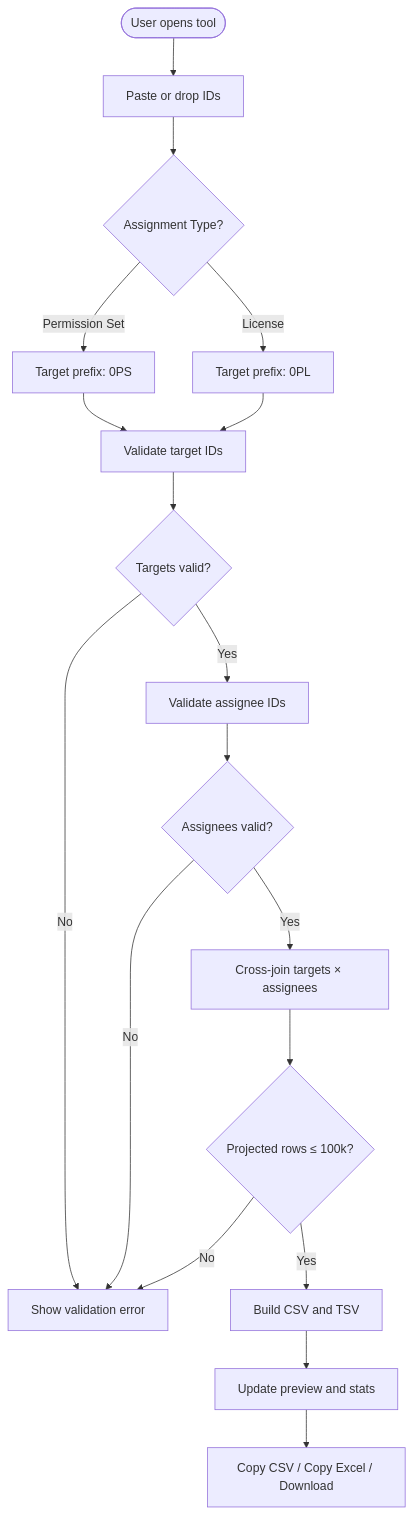
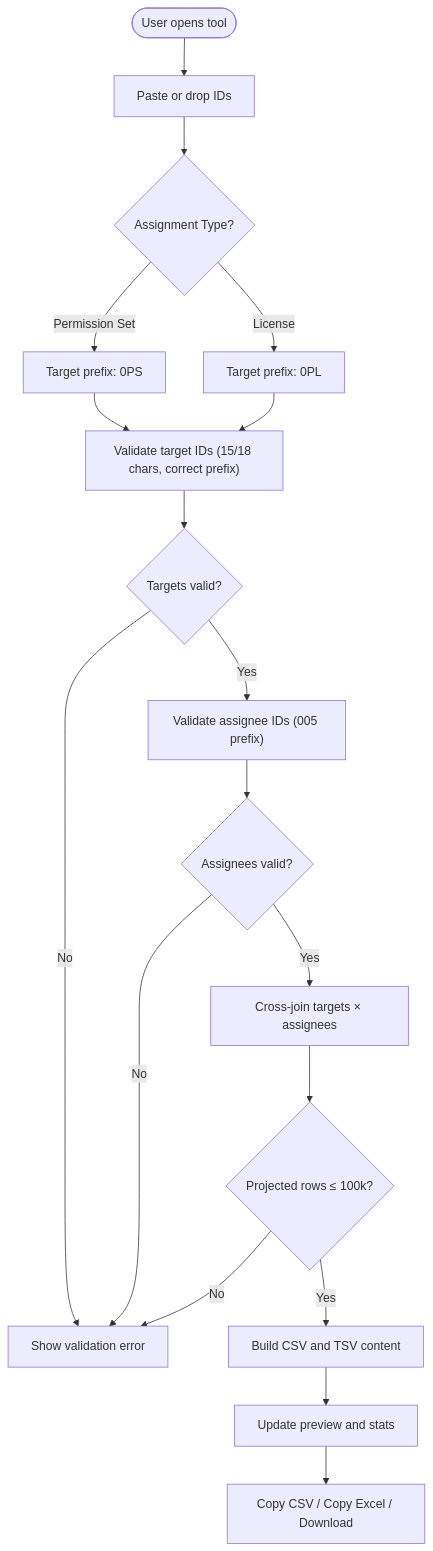
Before and after one commit to escaleraalcielo/developer-utilities: the third of 6 diagrams in .qoder/repowiki/en/content/Administrative Tools/Administrative Tools.md, drawn with Mermaid. The commit also changed other lines of this file and 6 other files, not shown here.

````diff
--- a/.qoder/repowiki/en/content/Administrative Tools/Administrative Tools.md
+++ b/.qoder/repowiki/en/content/Administrative Tools/Administrative Tools.md
@@ -121,20 +153,20 @@
 ```mermaid
 flowchart TD
 Start(["User opens tool"]) --> LoadInputs["Paste or drop IDs"]
 LoadInputs --> ChooseType{"Assignment Type?"}
 ChooseType --> |Permission Set| UsePS["Target prefix: 0PS"]
 ChooseType --> |License| UsePL["Target prefix: 0PL"]
-UsePS --> ValidateTargets["Validate target IDs"]
+UsePS --> ValidateTargets["Validate target IDs (15/18 chars, correct prefix)"]
 UsePL --> ValidateTargets
 ValidateTargets --> TargetsOK{"Targets valid?"}
 TargetsOK --> |No| ShowError["Show validation error"]
-TargetsOK --> |Yes| ValidateAssignees["Validate assignee IDs"]
+TargetsOK --> |Yes| ValidateAssignees["Validate assignee IDs (005 prefix)"]
 ValidateAssignees --> AssigneesOK{"Assignees valid?"}
 AssigneesOK --> |No| ShowError
 AssigneesOK --> |Yes| CrossJoin["Cross-join targets × assignees"]
 CrossJoin --> RowLimit{"Projected rows ≤ 100k?"}
 RowLimit --> |No| ShowError
-RowLimit --> |Yes| BuildCSV["Build CSV and TSV"]
+RowLimit --> |Yes| BuildCSV["Build CSV and TSV content"]
 BuildCSV --> Preview["Update preview and stats"]
 Preview --> Actions["Copy CSV / Copy Excel / Download"]
 ```
````
